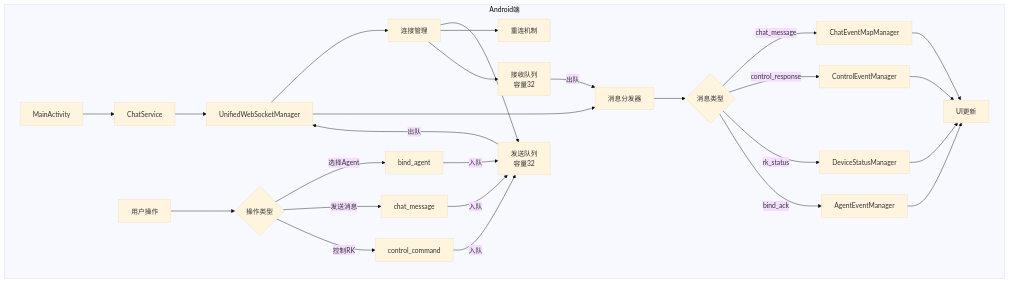
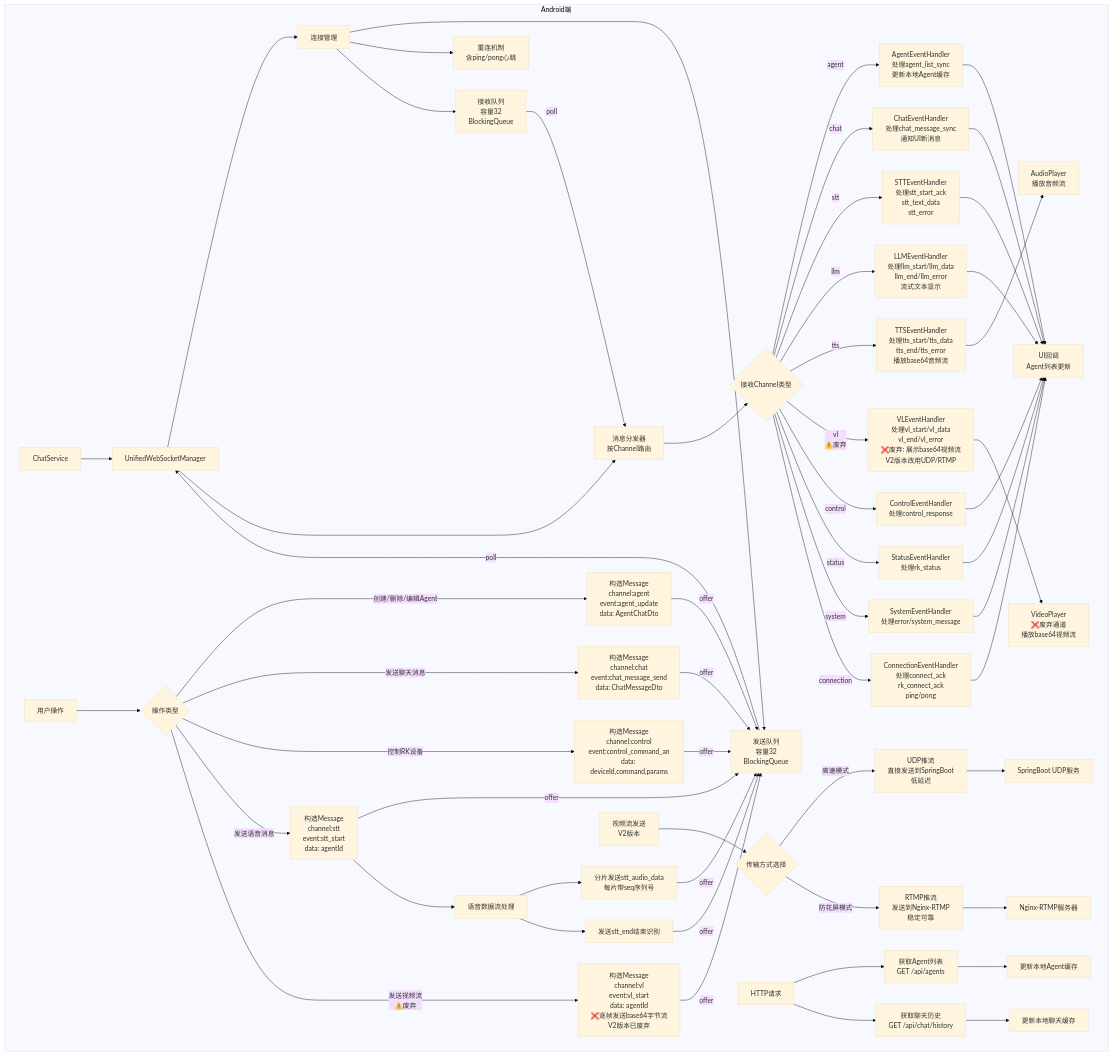
The third of 13 diagrams in cursor/WS重构.md (nangong918/magic-vector), drawn with Mermaid (base theme) before and after one commit.

Commit message:
deepseek: 初步重构Android的ws架构图
完全重构费心费力，暂时就这样

````diff
--- a/cursor/WS重构.md
+++ b/cursor/WS重构.md
@@ -41,37 +41,74 @@
 ```mermaid
 flowchart TD
     subgraph Android端
-        A[MainActivity] --> B[ChatService]
-        B --> C[UnifiedWebSocketManager]
+        A[ChatService] --> B[UnifiedWebSocketManager]
 
-        C --> D[连接管理]
-        D --> E[发送队列<br/>容量32]
-        D --> F[重连机制]
-        D --> G[接收队列<br/>容量32]
+        B --> C[连接管理]
+        C --> D[发送队列<br/>容量32<br/>BlockingQueue<Message>]
+        C --> E[重连机制<br/>含ping/pong心跳]
+        C --> F[接收队列<br/>容量32<br/>BlockingQueue<Message>]
 
-        C --> H[消息分发器]
-        H --> I{消息类型}
+        B --> G[消息分发器<br/>按Channel路由]
 
-        I -->|chat_message| J[ChatEventMapManager]
-        I -->|control_response| K[ControlEventManager]
-        I -->|rk_status| L[DeviceStatusManager]
-        I -->|bind_ack| M[AgentEventManager]
+        G --> H{接收Channel类型}
 
-        J --> N[UI更新]
-        K --> N
-        L --> N
-        M --> N
+        H -->|agent| I1[AgentEventHandler<br/>处理agent_list_sync<br/>更新本地Agent缓存]
+        H -->|chat| I2[ChatEventHandler<br/>处理chat_message_sync<br/>通知UI新消息]
+        H -->|stt| I3[STTEventHandler<br/>处理stt_start_ack<br/>stt_text_data<br/>stt_error]
+        H -->|llm| I4[LLMEventHandler<br/>处理llm_start/llm_data<br/>llm_end/llm_error<br/>流式文本显示]
+        H -->|tts| I5[TTSEventHandler<br/>处理tts_start/tts_data<br/>tts_end/tts_error<br/>播放base64音频流]
+        H -->|vl<br/>⚠️废弃| I6[VLEventHandler<br/>处理vl_start/vl_data<br/>vl_end/vl_error<br/>&#10060废弃: 展示base64视频流<br/>V2版本改用UDP/RTMP]
+        H -->|control| I7[ControlEventHandler<br/>处理control_response]
+        H -->|status| I8[StatusEventHandler<br/>处理rk_status]
+        H -->|system| I9[SystemEventHandler<br/>处理error/system_message]
+        H -->|connection| I10[ConnectionEventHandler<br/>处理connect_ack<br/>rk_connect_ack<br/>ping/pong]
 
-        O[用户操作] --> P{操作类型}
-        P -->|选择Agent| Q[bind_agent]
-        P -->|发送消息| R[chat_message]
-        P -->|控制RK| S[control_command]
+        I1 --> J[UI回调<br/>Agent列表更新]
+        I2 --> J
+        I3 --> J
+        I4 --> J
+        I5 --> K[AudioPlayer<br/>播放音频流]
+        I6 --> L[VideoPlayer<br/>&#10060废弃通道<br/>播放base64视频流]
+        I7 --> J
+        I8 --> J
+        I9 --> J
+        I10 --> J
 
-        Q -->|入队| E
-        R -->|入队| E
-        S -->|入队| E
+        M[用户操作] --> N{操作类型}
 
-        E -->|出队| C
-        G -->|出队| H
+        N -->|创建/删除/编辑Agent| O1[构造Message<br/>channel:agent<br/>event:agent_update<br/>data: AgentChatDto]
+        N -->|发送聊天消息| O2[构造Message<br/>channel:chat<br/>event:chat_message_send<br/>data: ChatMessageDto]
+        N -->|控制RK设备| O3[构造Message<br/>channel:control<br/>event:control_command_an<br/>data: deviceId,command,params]
+        N -->|发送语音消息| O4[构造Message<br/>channel:stt<br/>event:stt_start<br/>data: agentId]
+        N -->|发送视频流<br/>⚠️废弃| O5[构造Message<br/>channel:vl<br/>event:vl_start<br/>data: agentId<br/>&#10060逐帧发送base64字节流<br/>V2版本已废弃]
+
+        O1 -->|offer| D
+        O2 -->|offer| D
+        O3 -->|offer| D
+        O4 -->|offer| D
+        O5 -->|offer| D
+
+        O4 --> P[语音数据流处理]
+        P --> Q[分片发送stt_audio_data<br/>每片带seq序列号]
+        Q -->|offer| D
+
+        P --> R[发送stt_end结束识别]
+        R -->|offer| D
+
+        S[视频流发送<br/>V2版本] --> T{传输方式选择}
+        T -->|高速模式| U[UDP推流<br/>直接发送到SpringBoot<br/>低延迟]
+        T -->|防花屏模式| V[RTMP推流<br/>发送到Nginx-RTMP<br/>稳定可靠]
+
+        U --> W[SpringBoot UDP服务]
+        V --> X[Nginx-RTMP服务器]
+
+        D -->|poll| B
+        F -->|poll| G
+
+        Y[HTTP请求] --> Z1[获取Agent列表<br/>GET /api/agents]
+        Y --> Z2[获取聊天历史<br/>GET /api/chat/history]
+
+        Z1 --> AA1[更新本地Agent缓存]
+        Z2 --> AA2[更新本地聊天缓存]
     end
 ```
````
